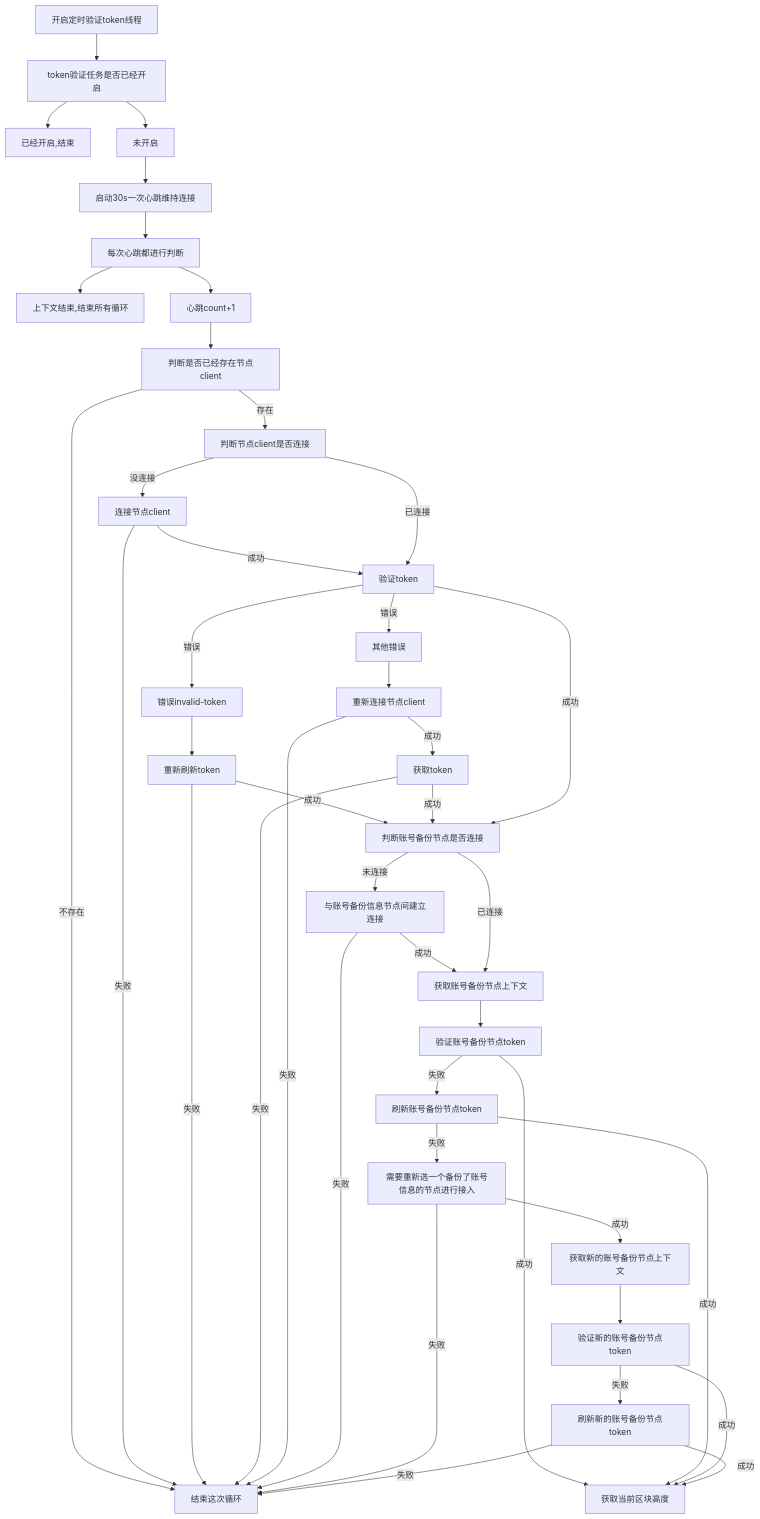
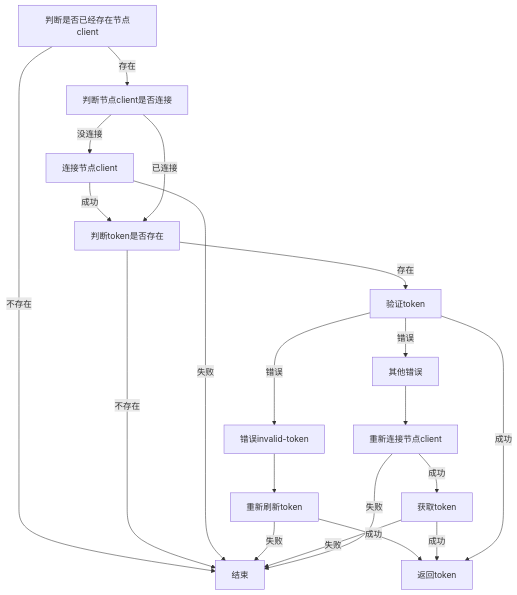
Before and after one commit to dcnetio/web-dc-api: the fifth of 6 diagrams in 初始化逻辑.md, drawn with Mermaid. The commit also changed other lines of this file, not shown here.

Commit message:
逻辑

````diff
--- a/初始化逻辑.md
+++ b/初始化逻辑.md
@@ -59,37 +49,20 @@
 ```mermaid
 graph TD
-开启定时验证token线程--> token验证任务是否已经开启 
-token验证任务是否已经开启 --> 已经开启,结束
-token验证任务是否已经开启 --> 未开启 --> 启动30s一次心跳维持连接 --> 每次心跳都进行判断
-每次心跳都进行判断 --> 上下文结束,结束所有循环
-每次心跳都进行判断 --> 心跳count+1 --> 判断是否已经存在节点client
-判断是否已经存在节点client -- 不存在 --> 结束这次循环
+判断是否已经存在节点client -- 不存在 --> 结束
 判断是否已经存在节点client -- 存在 --> 判断节点client是否连接
 判断节点client是否连接 -- 没连接 --> 连接节点client
-连接节点client -- 成功 --> 验证token 
-连接节点client -- 失败 --> 结束这次循环
-判断节点client是否连接 -- 已连接 --> 验证token
+连接节点client -- 成功 --> 判断token是否存在
+判断token是否存在 -- 不存在 --> 结束
+判断token是否存在 -- 存在 --> 验证token 
+连接节点client -- 失败 --> 结束
+判断节点client是否连接 -- 已连接 --> 判断token是否存在
 验证token -- 错误 --> 错误invalid-token --> 重新刷新token
-重新刷新token -- 成功 --> 判断账号备份节点是否连接
-重新刷新token -- 失败 --> 结束这次循环
+重新刷新token -- 成功 --> 返回token
+重新刷新token -- 失败 --> 结束
 验证token -- 错误 --> 其他错误 --> 重新连接节点client
 重新连接节点client -- 成功 --> 获取token
-获取token -- 成功 --> 判断账号备份节点是否连接
-获取token -- 失败 --> 结束这次循环
-重新连接节点client -- 失败 --> 结束这次循环
-验证token -- 成功 --> 判断账号备份节点是否连接
-判断账号备份节点是否连接 -- 未连接 --> 与账号备份信息节点间建立连接
-与账号备份信息节点间建立连接 -- 成功 --> 获取账号备份节点上下文
-与账号备份信息节点间建立连接 -- 失败 --> 结束这次循环
-判断账号备份节点是否连接 -- 已连接 --> 获取账号备份节点上下文 --> 验证账号备份节点token
-验证账号备份节点token -- 成功 --> 获取当前区块高度
-验证账号备份节点token -- 失败 --> 刷新账号备份节点token
-刷新账号备份节点token -- 成功 --> 获取当前区块高度
-刷新账号备份节点token -- 失败 --> 需要重新选一个备份了账号信息的节点进行接入
-需要重新选一个备份了账号信息的节点进行接入 -- 失败 --> 结束这次循环
-需要重新选一个备份了账号信息的节点进行接入 -- 成功 --> 获取新的账号备份节点上下文 --> 验证新的账号备份节点token
-验证新的账号备份节点token -- 成功 --> 获取当前区块高度
-验证新的账号备份节点token -- 失败 --> 刷新新的账号备份节点token
-刷新新的账号备份节点token -- 成功 --> 获取当前区块高度
-刷新新的账号备份节点token -- 失败 --> 结束这次循环
+获取token -- 成功 --> 返回token
+获取token -- 失败 --> 结束
+重新连接节点client -- 失败 --> 结束
+验证token -- 成功 --> 返回token
 ```
````
